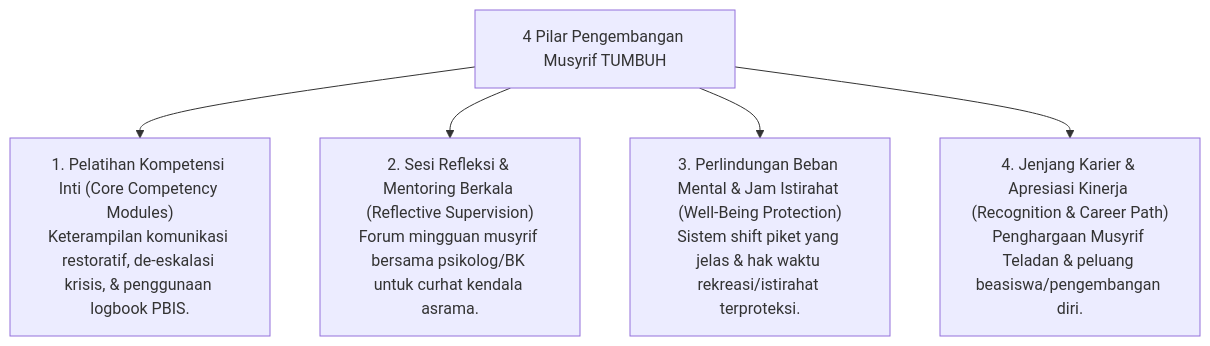
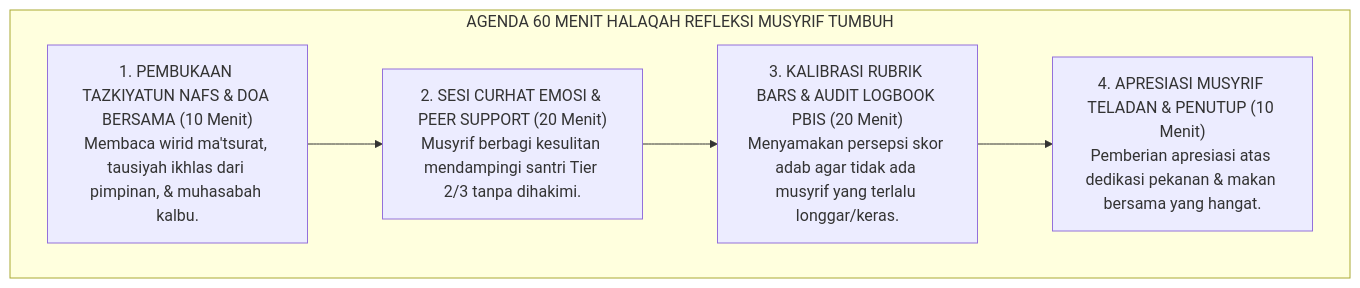
Before and after one commit to wandiapriliyandi/tumbuh: the fifth of 6 diagrams in 02 Principles/07 Implementation Principles/P2-07-02-Prinsip-Pelatihan-dan-Supervisi-Musyrif.md, drawn with Mermaid. The commit also changed other lines of this file and 42 other files, not shown here.

````diff
--- a/02 Principles/07 Implementation Principles/P2-07-02-Prinsip-Pelatihan-dan-Supervisi-Musyrif.md
+++ b/02 Principles/07 Implementation Principles/P2-07-02-Prinsip-Pelatihan-dan-Supervisi-Musyrif.md
@@ -10,9 +139,14 @@
 ```mermaid
-graph TD
-    CPD["4 Pilar Pengembangan Musyrif TUMBUH"]
-    
-    CPD --> P1["1. Pelatihan Kompetensi Inti (Core Competency Modules)<br/>Keterampilan komunikasi restoratif, de-eskalasi krisis, & penggunaan logbook PBIS."]
-    CPD --> P2["2. Sesi Refleksi & Mentoring Berkala (Reflective Supervision)<br/>Forum mingguan musyrif bersama psikolog/BK untuk curhat kendala asrama."]
-    CPD --> P3["3. Perlindungan Beban Mental & Jam Istirahat (Well-Being Protection)<br/>Sistem shift piket yang jelas & hak waktu rekreasi/istirahat terproteksi."]
-    CPD --> P4["4. Jenjang Karier & Apresiasi Kinerja (Recognition & Career Path)<br/>Penghargaan Musyrif Teladan & peluang beasiswa/pengembangan diri."]
+flowchart TD
+    subgraph AgendaHalaqahReflektifPekanan["AGENDA 60 MENIT HALAQAH REFLEKSI MUSYRIF TUMBUH"]
+        A1["1. PEMBUKAAN TAZKIYATUN NAFS & DOA BERSAMA (10 Menit)<br/>Membaca wirid ma'tsurat, tausiyah ikhlas dari pimpinan, & muhasabah kalbu."]
+        
+        A2["2. SESI CURHAT EMOSI & PEER SUPPORT (20 Menit)<br/>Musyrif berbagi kesulitan mendampingi santri Tier 2/3 tanpa dihakimi."]
+        
+        A3["3. KALIBRASI RUBRIK BARS & AUDIT LOGBOOK PBIS (20 Menit)<br/>Menyamakan persepsi skor adab agar tidak ada musyrif yang terlalu longgar/keras."]
+        
+        A4["4. APRESIASI MUSYRIF TELADAN & PENUTUP (10 Menit)<br/>Pemberian apresiasi atas dedikasi pekanan & makan bersama yang hangat."]
+        
+        A1 --> A2 --> A3 --> A4
+    end
 ```
````
